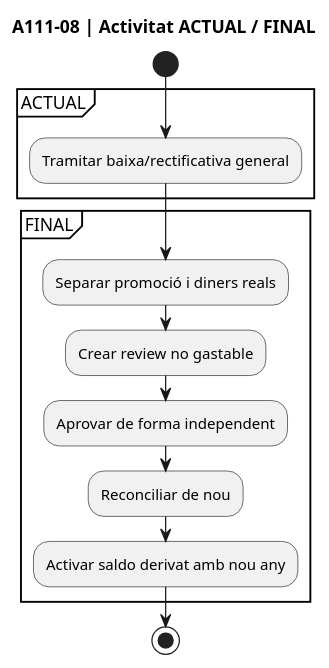
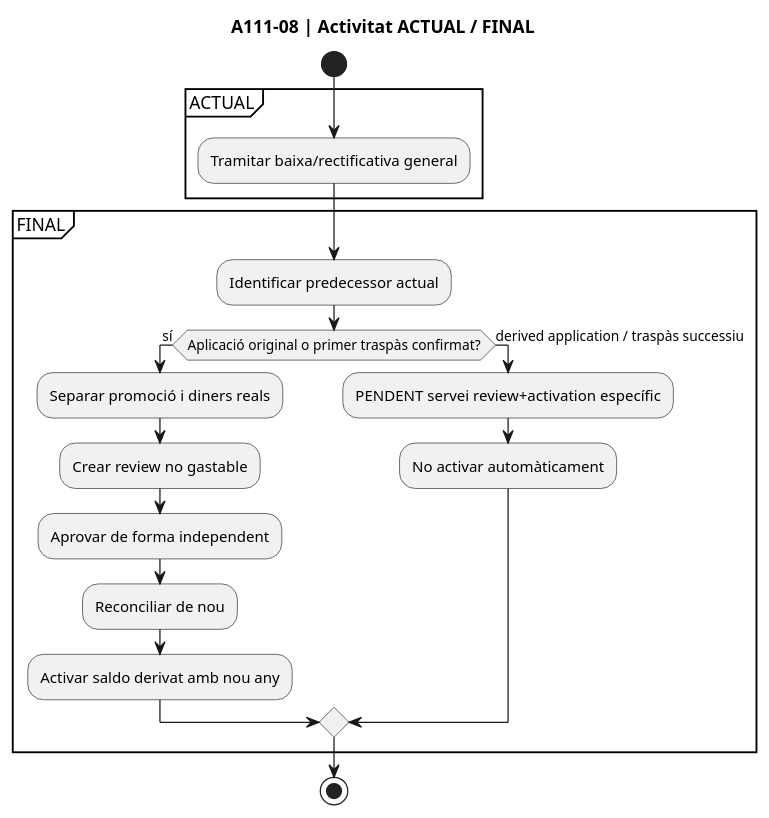
Diagram 32 of 48 in documentacio/07-uml-integrat/uc-111-diagrames-per-accio.md (orgmeriemprismacat-del/verifactu), drawn with PlantUML before and after one commit.

Commit message:
docs UC-111: make unsupported derived/successive cancellation branches explicit in activity and traceability views

````diff
--- a/documentacio/07-uml-integrat/uc-111-diagrames-per-accio.md
+++ b/documentacio/07-uml-integrat/uc-111-diagrames-per-accio.md
@@ -672,17 +672,23 @@
 ```plantuml
 @startuml
 title A111-08 | Activitat ACTUAL / FINAL
 start
 partition ACTUAL {
 :Tramitar baixa/rectificativa general;
 }
 partition FINAL {
-:Separar promoció i diners reals;
-:Crear review no gastable;
-:Aprovar de forma independent;
-:Reconciliar de nou;
-:Activar saldo derivat amb nou any;
+:Identificar predecessor actual;
+if (Aplicació original o primer traspàs confirmat?) then (sí)
+  :Separar promoció i diners reals;
+  :Crear review no gastable;
+  :Aprovar de forma independent;
+  :Reconciliar de nou;
+  :Activar saldo derivat amb nou any;
+else (derived application / traspàs successiu)
+  :PENDENT servei review+activation específic;
+  :No activar automàticament;
+endif
 }
 stop
 @enduml
 ```
````
